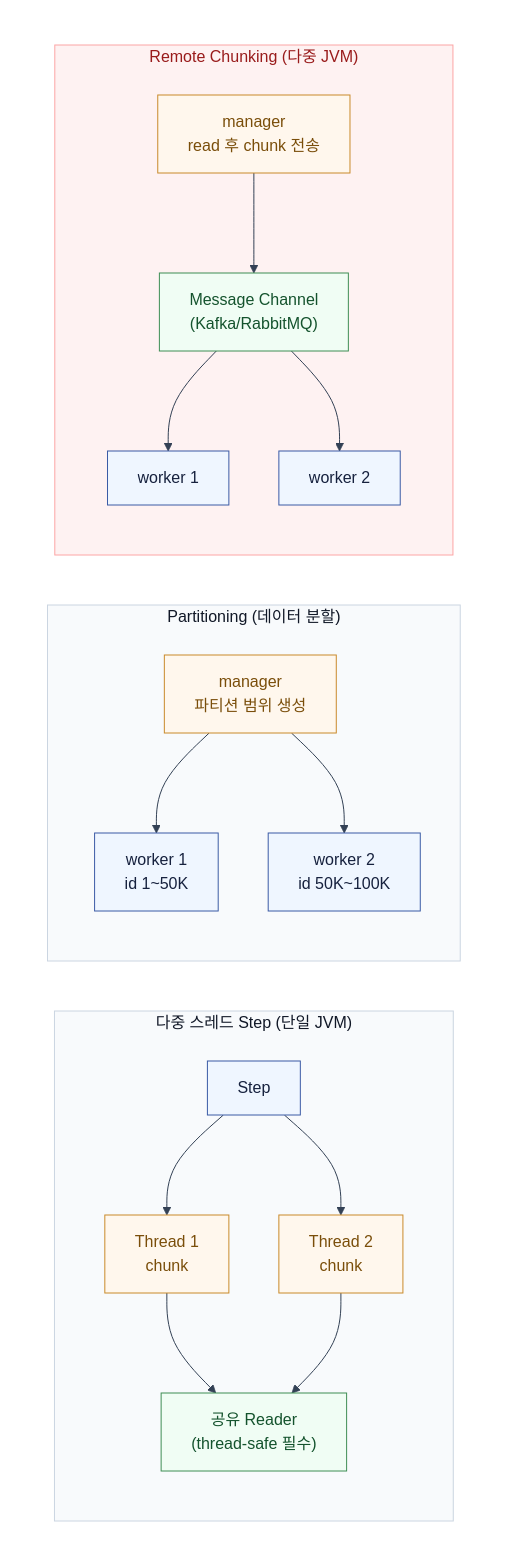
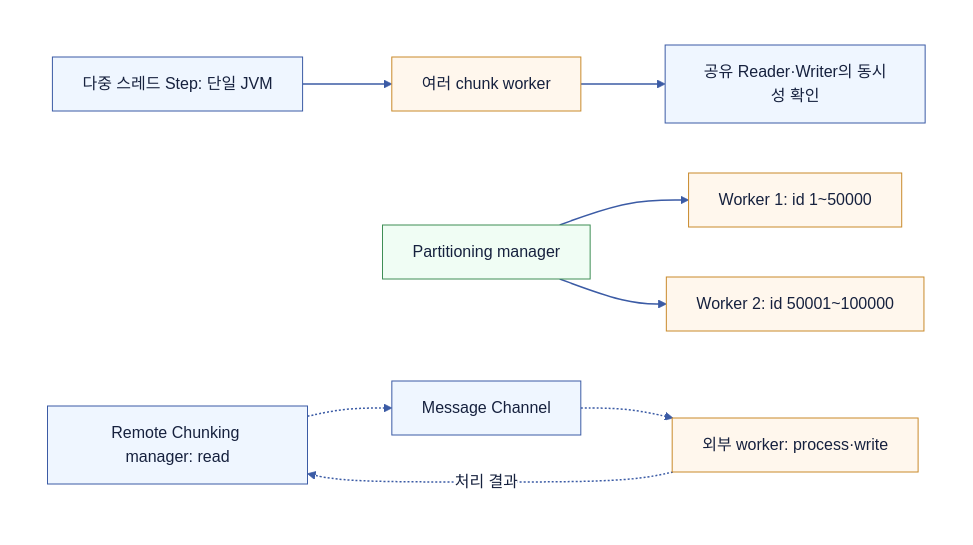
One commit to Hyune-s-lab/my-ai-study changed the fourth of 4 diagrams in spring/2608-spring-batch.md. Above: the diagram before and after it, drawn with Mermaid. The commit also changed other lines of this file and 28 other files, not shown here.

Commit message:
docs: Mermaid 호환성과 문서 가독성 개선

````diff
--- a/spring/2608-spring-batch.md
+++ b/spring/2608-spring-batch.md
@@ -288,59 +287,23 @@
 ```mermaid
----
-config:
-  theme: base
-  darkMode: false
-  look: classic
-  themeVariables:
-    background: "#ffffff"
-    primaryColor: "#ffffff"
-    primaryTextColor: "#111827"
-    primaryBorderColor: "#475569"
-    lineColor: "#334155"
-    edgeLabelBackground: "#ffffff"
----
 flowchart LR
+%%{init: {"theme": "base", "darkMode": false, "themeVariables": {"background": "#ffffff", "primaryColor": "#EFF6FF", "primaryTextColor": "#16213E", "primaryBorderColor": "#3B5BA5", "secondaryColor": "#F0FDF4", "tertiaryColor": "#FAF5FF", "lineColor": "#3B5BA5", "textColor": "#16213E", "edgeLabelBackground": "#ffffff", "clusterBkg": "#F8FAFC", "clusterBorder": "#CBD5E1"}}}%%
   subgraph canvas[" "]
     direction LR
-
-    subgraph mt["다중 스레드 Step (단일 JVM)"]
-      direction TB
-      mtStep["Step"]:::app
-      mtT1["Thread 1\nchunk"]:::ctrl
-      mtT2["Thread 2\nchunk"]:::ctrl
-      mtReader["공유 Reader\n(thread-safe 필수)"]:::db
-      mtStep --> mtT1
-      mtStep --> mtT2
-      mtT1 --> mtReader
-      mtT2 --> mtReader
-    end
-
-    subgraph part["Partitioning (데이터 분할)"]
-      direction TB
-      partMgr["manager\n파티션 범위 생성"]:::ctrl
-      partW1["worker 1\nid 1~50K"]:::app
-      partW2["worker 2\nid 50K~100K"]:::app
-      partMgr --> partW1
-      partMgr --> partW2
-    end
-
-    subgraph rc["Remote Chunking (다중 JVM)"]
-      direction TB
-      rcMgr["manager\nread 후 chunk 전송"]:::ctrl
-      rcQ["Message Channel\n(Kafka/RabbitMQ)"]:::db
-      rcW1["worker 1"]:::app
-      rcW2["worker 2"]:::app
-      rcMgr --> rcQ
-      rcQ --> rcW1
-      rcQ --> rcW2
-    end
+    mt["다중 스레드 Step: 단일 JVM"] --> threads["여러 chunk worker"]
+    threads --> shared["공유 Reader·Writer의 동시성 확인"]
+    part["Partitioning manager"] --> w1["Worker 1: id 1~50000"]
+    part --> w2["Worker 2: id 50001~100000"]
+    remote["Remote Chunking manager: read"] -.-> mq["Message Channel"]
+    mq -.-> workers["외부 worker: process·write"]
+    workers -.->|"처리 결과"| remote
   end
-
+  style canvas fill:#ffffff,stroke:#ffffff,color:#111827
+  linkStyle default stroke:#3B5BA5,stroke-width:1.5px
   classDef app fill:#EFF6FF,stroke:#3B5BA5,stroke-width:1px,color:#16213E
-  classDef db fill:#F0FDF4,stroke:#3F8E55,stroke-width:1px,color:#14532D
-  classDef ctrl fill:#FFF7ED,stroke:#C98A2B,stroke-width:1px,color:#7A4E0A
-  style canvas fill:#ffffff,stroke:#ffffff,stroke-width:0px,color:#111827
-  style mt fill:#F8FAFC,stroke:#CBD5E1,stroke-width:1px,color:#111827
-  style part fill:#F8FAFC,stroke:#CBD5E1,stroke-width:1px,color:#111827
-  style rc fill:#FEF2F2,stroke:#FCA5A5,stroke-width:1px,color:#991B1B
+  class mt,shared,remote,mq app
+  classDef db fill:#F0FDF4,stroke:#3F8E55,stroke-width:1px,color:#16213E
+  class part db
+  classDef policy fill:#FAF5FF,stroke:#A855F7,stroke-width:1px,color:#16213E
+  classDef worker fill:#FFF7ED,stroke:#C98A2B,stroke-width:1px,color:#16213E
+  class threads,w1,w2,workers worker
 ```
````
